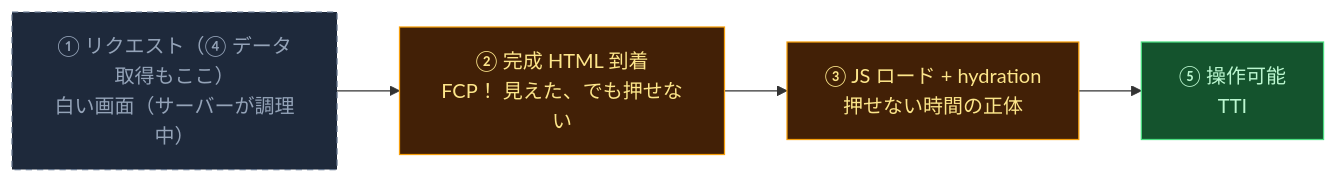
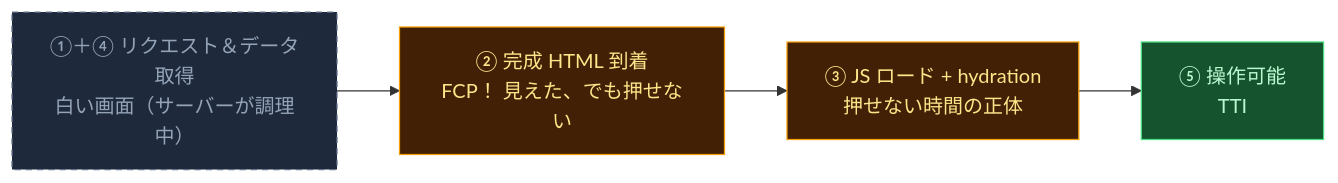
One commit to O6lvl4/O6lvl4-knowledge changed the fourth of 6 diagrams in vault/rendering-phases.md. Above: the diagram before and after it, drawn with Mermaid. The commit also changed other lines of this file, not shown here.

Commit message:
SSR/SSG図のフェーズ表記を①＋④形式に統一

````diff
--- a/vault/rendering-phases.md
+++ b/vault/rendering-phases.md
@@ -85,12 +85,12 @@
 ```mermaid
 graph LR
-    A["① リクエスト（④ データ取得もここ）<br/>白い画面（サーバーが調理中）"] --> B["② 完成 HTML 到着<br/>FCP！ 見えた、でも押せない"]
+    A["①＋④ リクエスト＆データ取得<br/>白い画面（サーバーが調理中）"] --> B["② 完成 HTML 到着<br/>FCP！ 見えた、でも押せない"]
     B --> C["③ JS ロード + hydration<br/>押せない時間の正体"]
     C --> D["⑤ 操作可能<br/>TTI"]
     classDef blank fill:#1E293B,stroke:#64748B,stroke-dasharray: 5 4,color:#94A3B8
     classDef visible fill:#422006,stroke:#F59E0B,color:#FDE68A
     classDef ready fill:#14532D,stroke:#4ADE80,color:#BBF7D0
     class A blank
     class B,C visible
     class D ready
 ```
````
